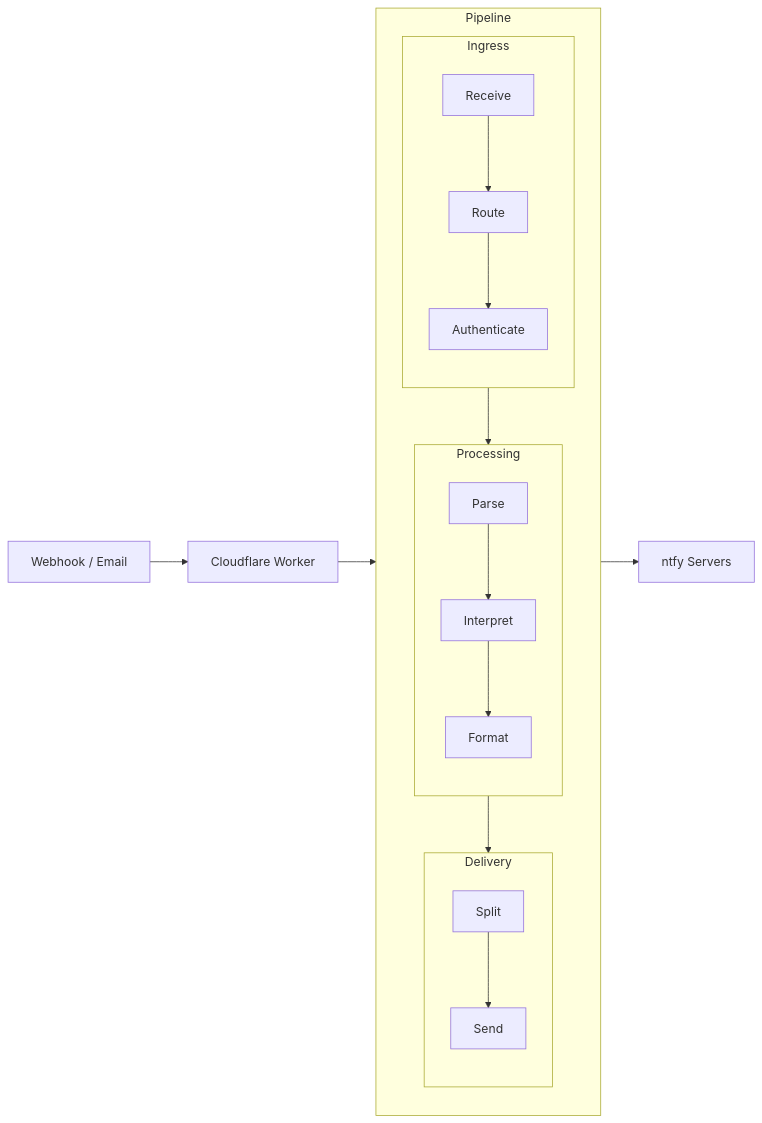
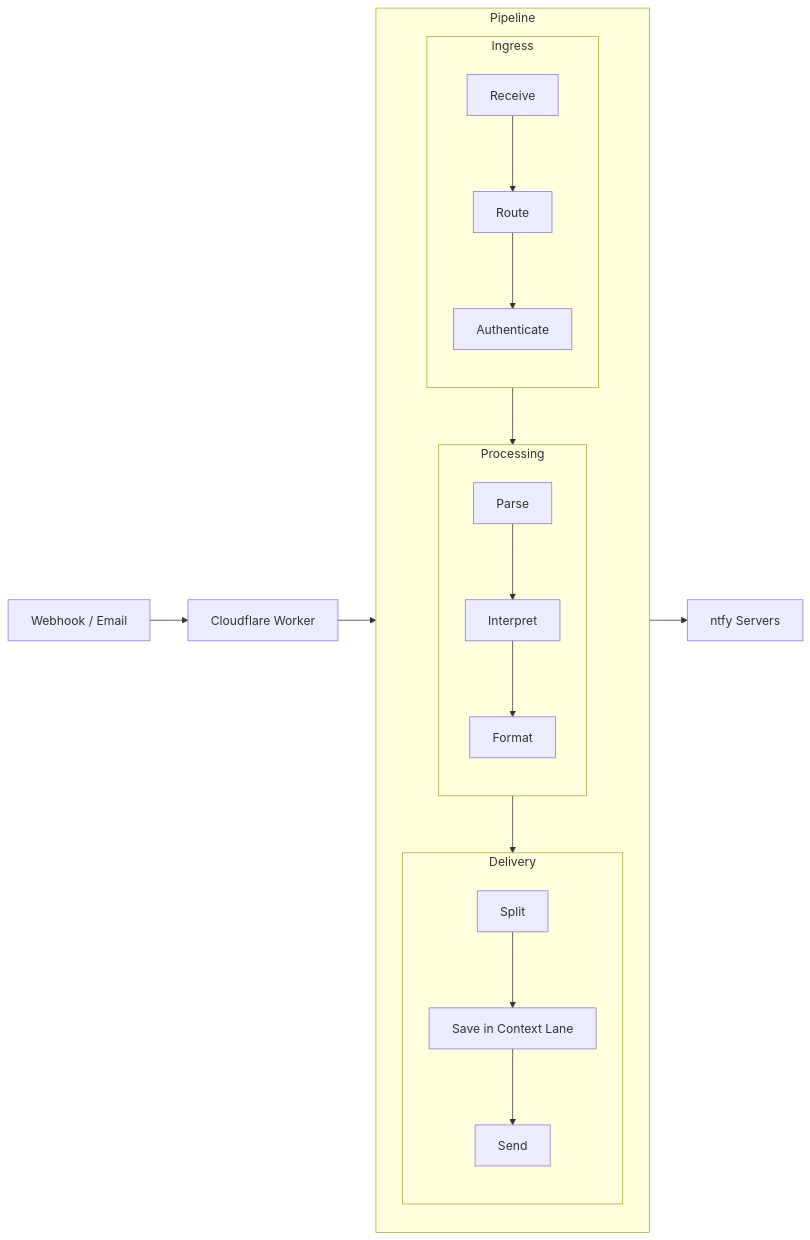
The diagram in apps/docs/docs/overview.mdx (cbnventures/ntfy-reverse-proxy), drawn with Mermaid before and after one commit. The commit also changed other lines of this file and 73 other files, not shown here.

````diff
--- a/apps/docs/docs/overview.mdx
+++ b/apps/docs/docs/overview.mdx
@@ -36,29 +37,30 @@
 ```mermaid
 flowchart LR
     Source[Webhook / Email] --> Worker[Cloudflare Worker]
     Worker --> Pipeline
     Pipeline --> ntfy[ntfy Servers]
 
     subgraph Pipeline [Pipeline]
         direction TB
 
         subgraph Ingress [Ingress]
             direction TB
             Receive --> Route
             Route --> Authenticate
         end
 
         subgraph Processing [Processing]
             direction TB
             Parse --> Interpret
             Interpret --> Format
         end
 
         subgraph Delivery [Delivery]
             direction TB
-            Split --> Send
+            Split --> Outbox[Save in Context Lane]
+            Outbox --> Send
         end
 
         Ingress --> Processing --> Delivery
     end
 ```
````
